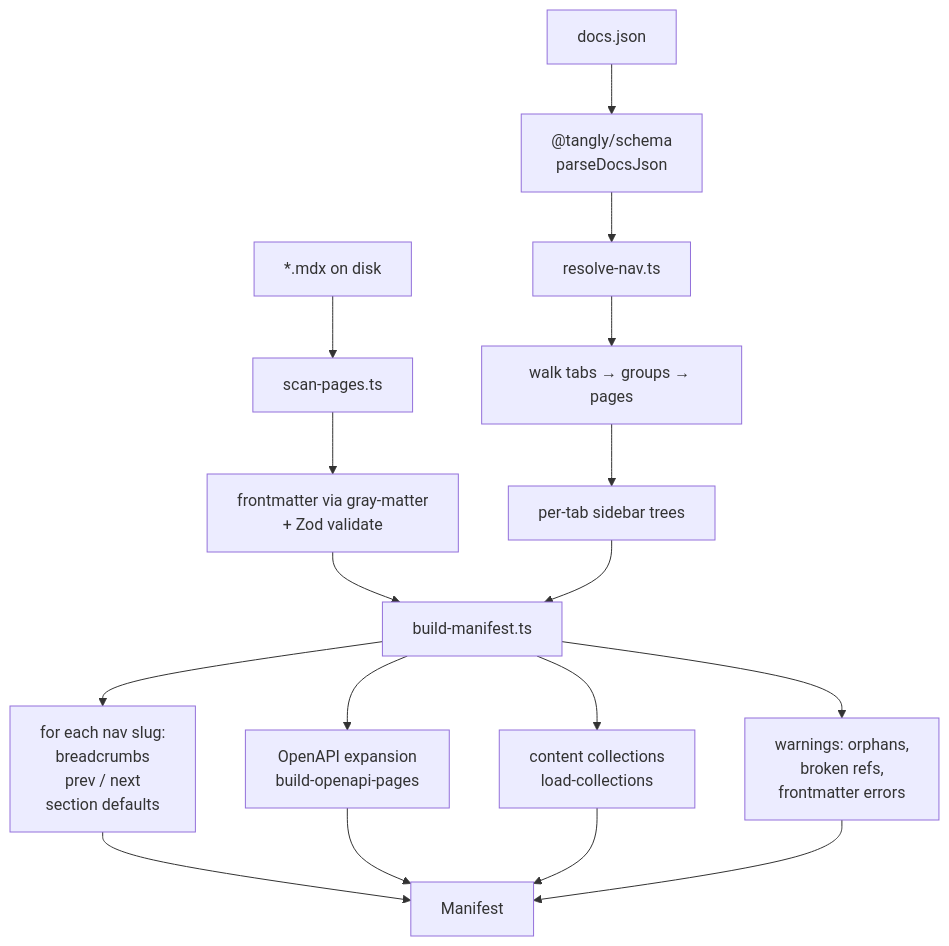
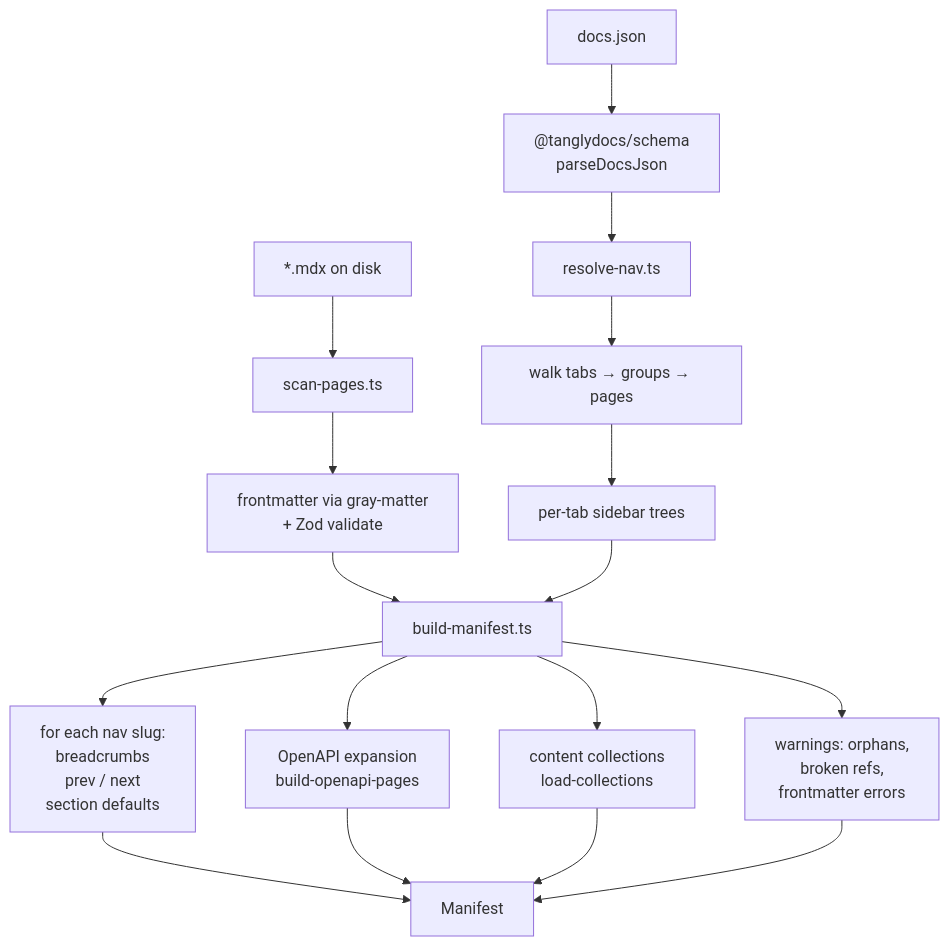
The diagram in docs/architecture/manifest.mdx (tanglydocs/tangly), drawn with Mermaid before and after one commit. The commit also changed 85 other files, not shown here.

First line of the commit message:
refactor(scope): rename @tangly/* → @tanglydocs/* + publish all 8 packages

````diff
--- a/docs/architecture/manifest.mdx
+++ b/docs/architecture/manifest.mdx
@@ -13,19 +13,19 @@
 ```mermaid
 flowchart TD
-  A1[docs.json] --> P1["@tangly/schema<br/>parseDocsJson"]
+  A1[docs.json] --> P1["@tanglydocs/schema<br/>parseDocsJson"]
   A2["*.mdx on disk"] --> S1[scan-pages.ts]
   S1 --> S2["frontmatter via gray-matter<br/>+ Zod validate"]
   P1 --> R1[resolve-nav.ts]
   R1 --> R2[walk tabs → groups → pages]
   R2 --> R3[per-tab sidebar trees]
   S2 --> M1[build-manifest.ts]
   R3 --> M1
   M1 --> M2[for each nav slug:<br/>breadcrumbs<br/>prev / next<br/>section defaults]
   M1 --> M3[OpenAPI expansion<br/>build-openapi-pages]
   M1 --> M4[content collections<br/>load-collections]
   M2 --> O[Manifest]
   M3 --> O
   M4 --> O
   M1 --> W[warnings: orphans,<br/>broken refs,<br/>frontmatter errors]
   W --> O
 ```
````
